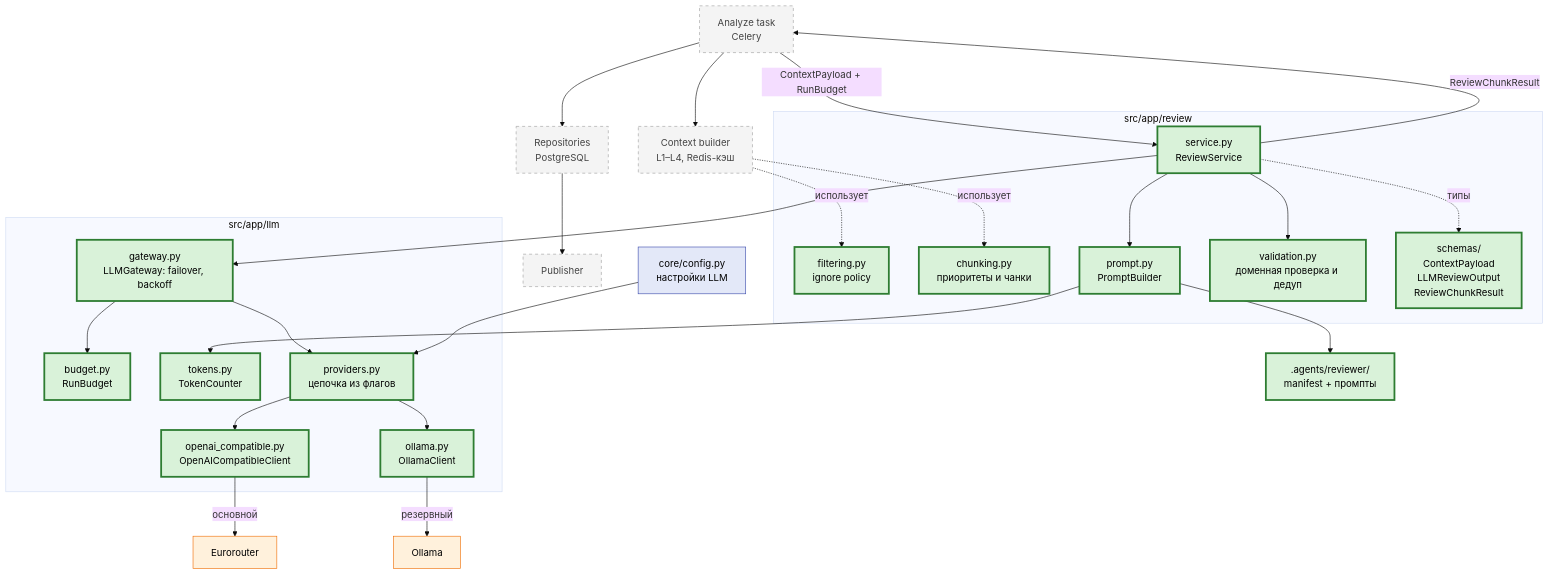
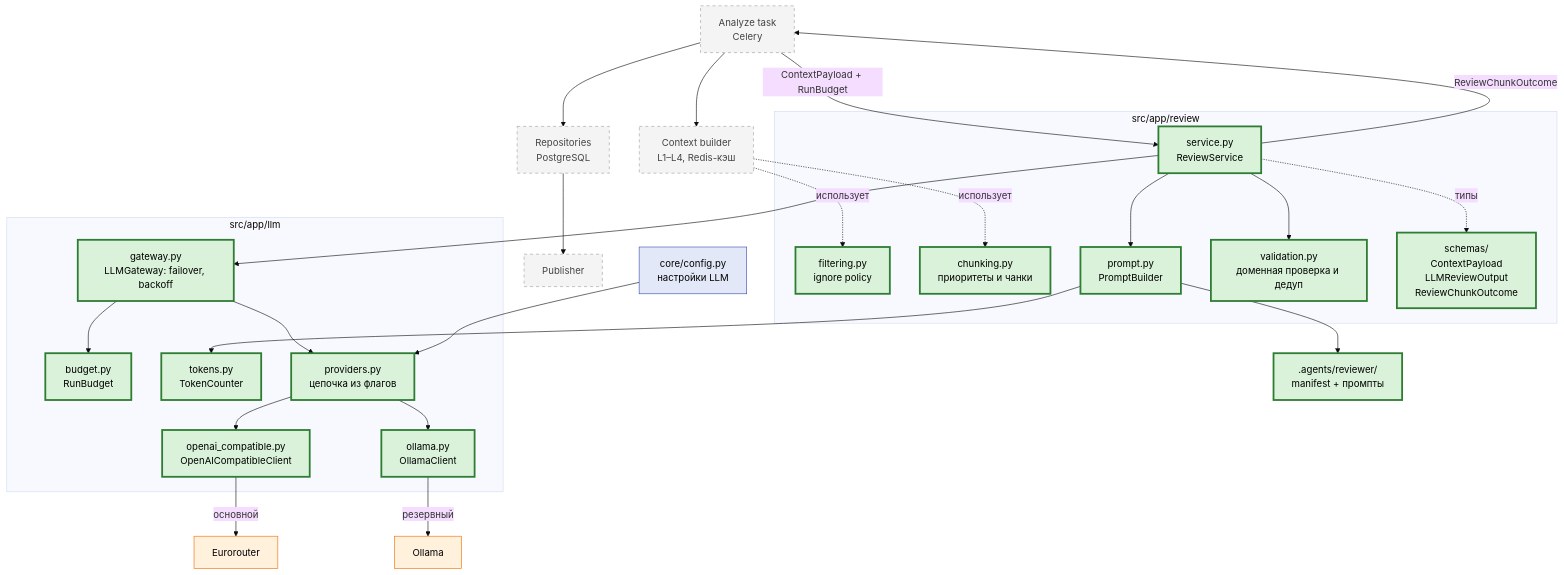
The second of 3 diagrams in docs/llm-gateway-review-pipeline.md (larchanka-training/dmc-268-api-t2), drawn with Mermaid (base theme) before and after one commit. The commit also changed other lines of this file and 8 other files, not shown here.

First line of the commit message:
refactor: align ContextPayload with canonical schema and reuse domain enums

````diff
--- a/docs/llm-gateway-review-pipeline.md
+++ b/docs/llm-gateway-review-pipeline.md
@@ -94,61 +94,61 @@
 ```mermaid
 flowchart TD
     Worker["Analyze task<br/>Celery"]
     CB["Context builder<br/>L1–L4, Redis-кэш"]
     Store["Repositories<br/>PostgreSQL"]
     Pub["Publisher"]
 
     subgraph Review["src/app/review"]
         Filter["filtering.py<br/>ignore policy"]
         Chunk["chunking.py<br/>приоритеты и чанки"]
         Service["service.py<br/>ReviewService"]
         Prompt["prompt.py<br/>PromptBuilder"]
         Valid["validation.py<br/>доменная проверка и дедуп"]
-        Schemas["schemas/<br/>ContextPayload<br/>LLMReviewOutput<br/>ReviewChunkResult"]
+        Schemas["schemas/<br/>ContextPayload<br/>LLMReviewOutput<br/>ReviewChunkOutcome"]
     end
 
     subgraph LLM["src/app/llm"]
         Gateway["gateway.py<br/>LLMGateway: failover, backoff"]
         Budget["budget.py<br/>RunBudget"]
         Tokens["tokens.py<br/>TokenCounter"]
         Providers["providers.py<br/>цепочка из флагов"]
         ORC["openai_compatible.py<br/>OpenAICompatibleClient"]
         OLC["ollama.py<br/>OllamaClient"]
     end
 
     Config["core/config.py<br/>настройки LLM"]
     Prompts[".agents/reviewer/<br/>manifest + промпты"]
     Euro["Eurorouter"]
     Ollama["Ollama"]
 
     Worker --> CB
     CB -.->|"использует"| Filter
     CB -.->|"использует"| Chunk
     Worker -->|"ContextPayload + RunBudget"| Service
     Service --> Prompt
     Prompt --> Prompts
     Prompt --> Tokens
     Service --> Gateway
     Gateway --> Budget
     Gateway --> Providers
     Providers --> ORC
     Providers --> OLC
     Config --> Providers
     ORC -->|"основной"| Euro
     OLC -->|"резервный"| Ollama
     Service --> Valid
     Service -.->|"типы"| Schemas
-    Service -->|"ReviewChunkResult"| Worker
+    Service -->|"ReviewChunkOutcome"| Worker
     Worker --> Store
     Store --> Pub
 
     classDef task fill:#d9f2d9,stroke:#2e7d32,stroke-width:3px,color:#000
     classDef exist fill:#e3e8f8,stroke:#3949ab,color:#000
     classDef future fill:#f4f4f4,stroke:#9e9e9e,stroke-dasharray:5 5,color:#444
     classDef ext fill:#fff1dc,stroke:#ef6c00,color:#000
 
     class Filter,Chunk,Service,Prompt,Valid,Schemas,Gateway,Budget,Tokens,Providers,ORC,OLC,Prompts task
     class Config exist
     class Worker,CB,Store,Pub future
     class Euro,Ollama ext
 ```
````
